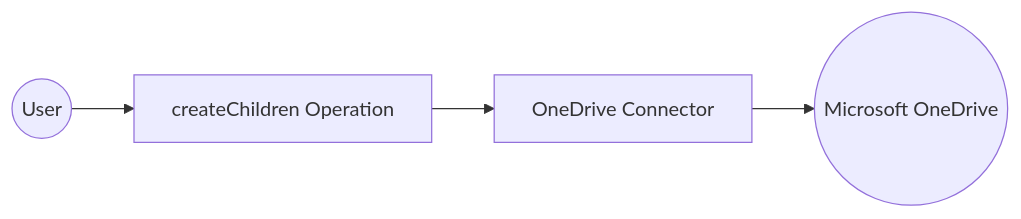
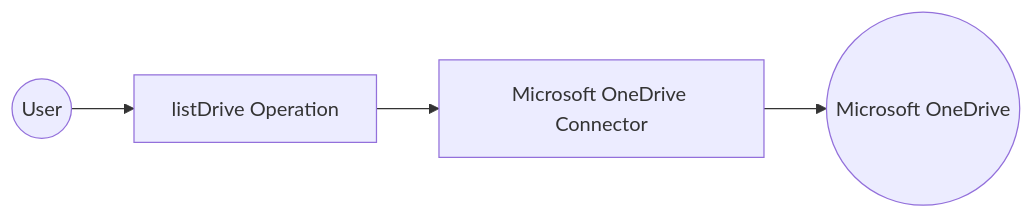
The diagram in docs/connectors/catalog/productivity-collaboration/microsoft.onedrive/example.md (vishwajayawickrama/docs-integrator), drawn with Mermaid before and after one commit. The commit also changed other lines of this file and 2425 other files, not shown here.

````diff
--- a/docs/connectors/catalog/productivity-collaboration/microsoft.onedrive/example.md
+++ b/docs/connectors/catalog/productivity-collaboration/microsoft.onedrive/example.md
@@ -12,6 +12,6 @@
 ```mermaid
 flowchart LR
-    A((User)) --> B[createChildren Operation]
-    B --> C[OneDrive Connector]
+    A((User)) --> B[listDrive Operation]
+    B --> C[Microsoft OneDrive Connector]
     C --> D((Microsoft OneDrive))
 ```
````
